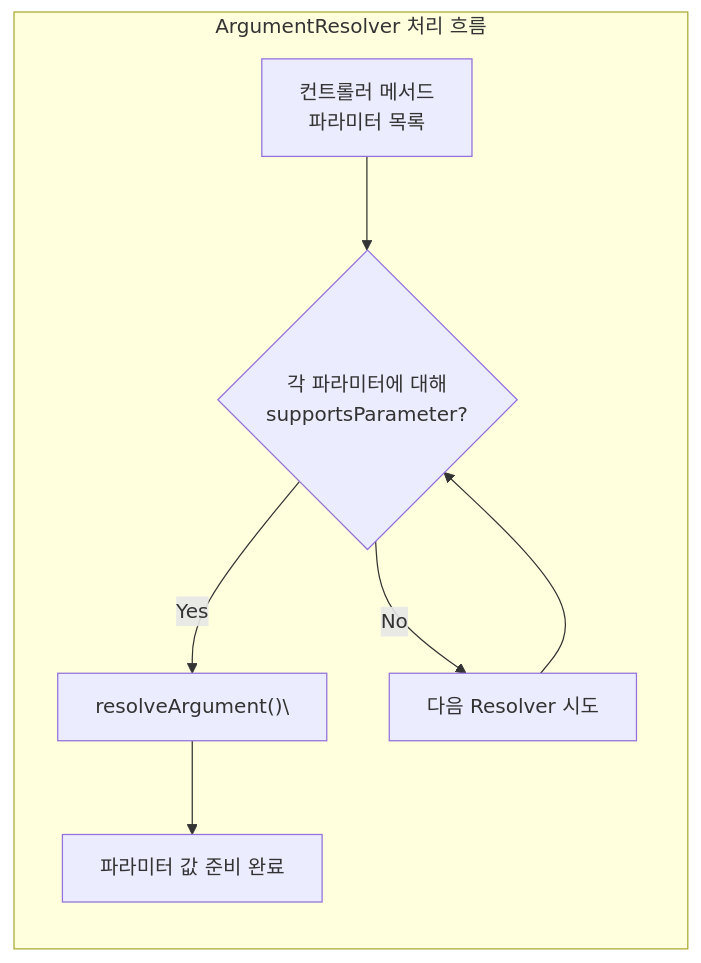
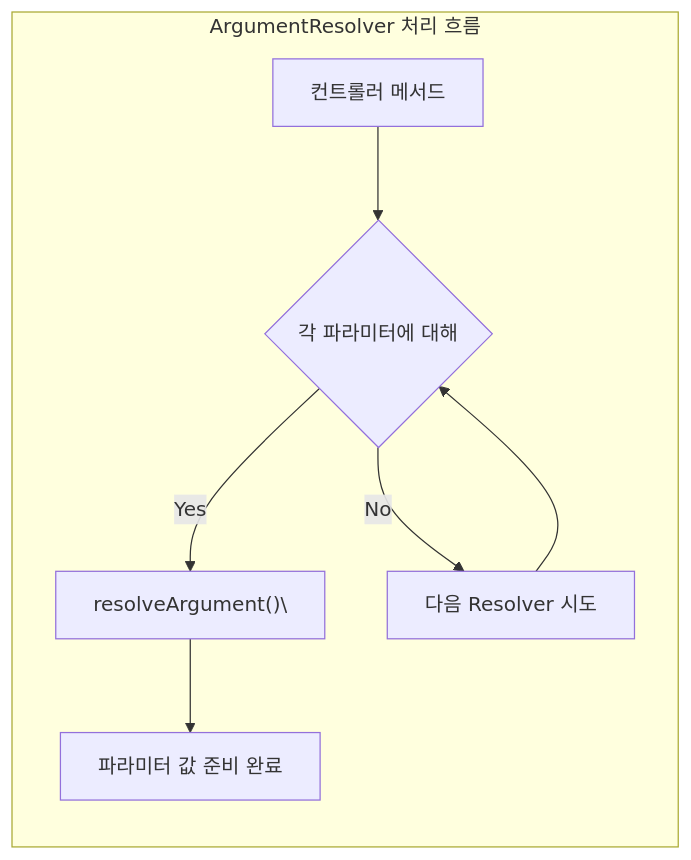
Before and after one commit to yjkim2015/yjkim2015.github.io: the fifth of 14 diagrams in _posts/spring/2026-05-02-spring-mvc-deep.md, drawn with Mermaid. The commit also changed other lines of this file and 217 other files, not shown here.

First line of the commit message:
Mermaid 크기 수정: useMaxWidth:true + SVG max-width:100% + 라벨 축소

````diff
--- a/_posts/spring/2026-05-02-spring-mvc-deep.md
+++ b/_posts/spring/2026-05-02-spring-mvc-deep.md
@@ -269,10 +269,10 @@
 ```mermaid
 graph LR
     subgraph "ArgumentResolver 처리 흐름"
-        A["컨트롤러 메서드\n파라미터 목록"] --> B{"각 파라미터에 대해\nsupportsParameter?"}
+        A["컨트롤러 메서드"] --> B{"각 파라미터에 대해"}
         B -->|"Yes"| C["resolveArgument()\"]
         B -->|"No"| D["다음 Resolver 시도"]
         C --> E["파라미터 값 준비 완료"]
         D --> B
     end
 ```
````
